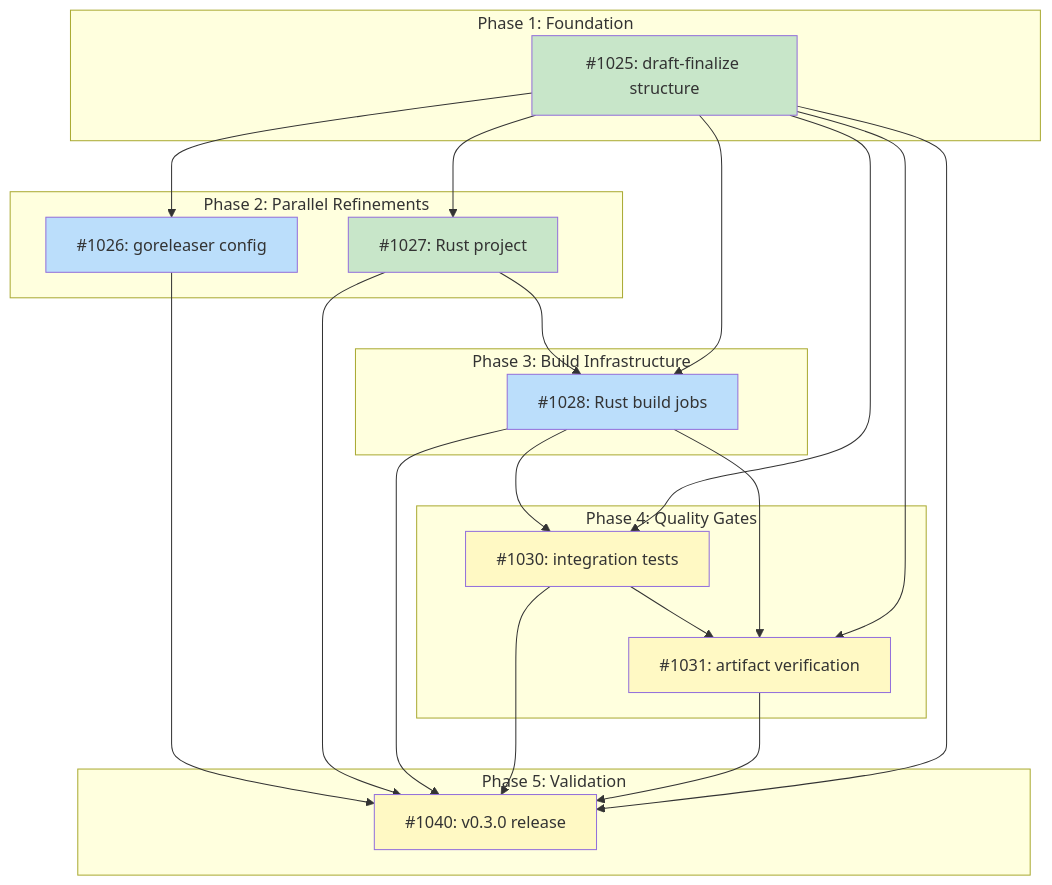
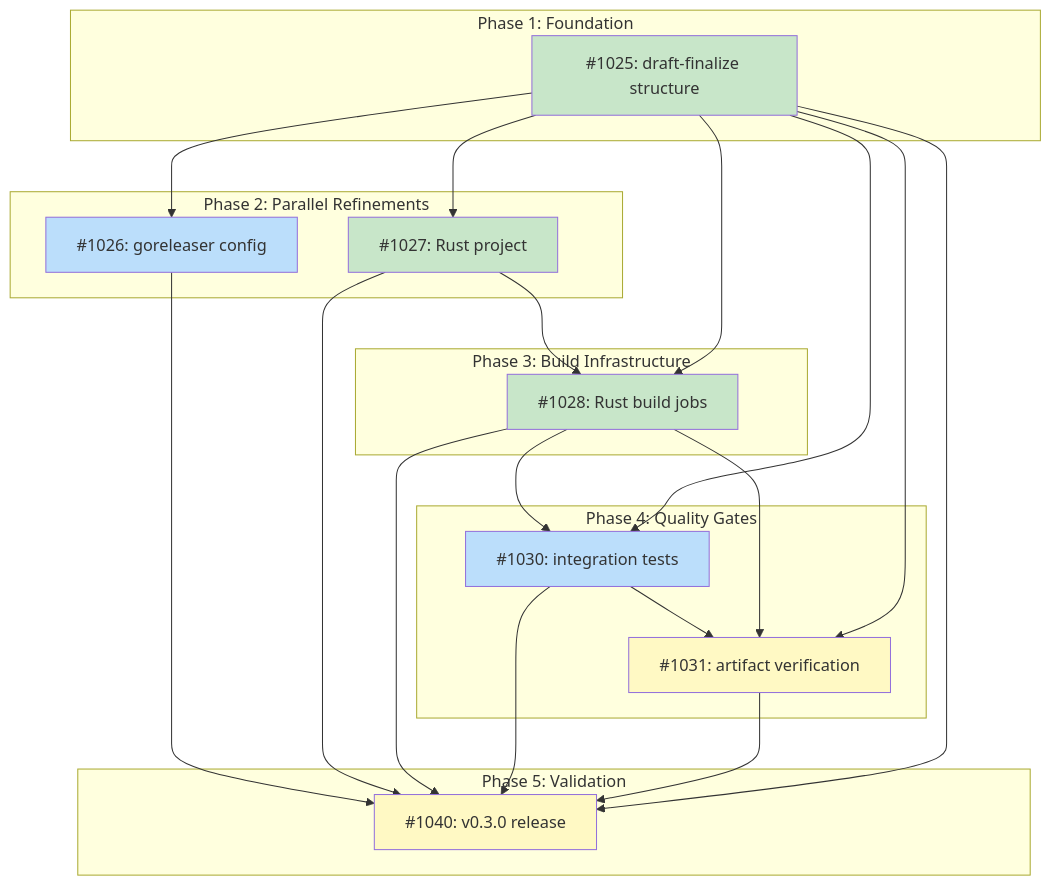
The diagram in docs/designs/DESIGN-release-workflow-native.md (tsukumogami/tsuku), drawn with Mermaid before and after one commit. The commit also changed 1 other file, not shown here.

Commit message:
chore(release): add Rust build jobs with native runners (#1051)
Add Rust binary build jobs to the release workflow for tsuku-dltest. The
jobs build on native runners to handle macOS SDK licensing and glibc
compatibility constraints.

**Platform coverage:**
- Linux glibc: ubuntu-22.04 (amd64), ubuntu-24.04-arm (arm64)
- Linux musl: Alpine 3.19 container on both architectures
- macOS: macos-13 (Intel), macos-latest (Apple Silicon) with ad-hoc code
signing

All 6 platform artifacts are uploaded to the draft release before
finalize-release publishes.

````diff
--- a/docs/designs/DESIGN-release-workflow-native.md
+++ b/docs/designs/DESIGN-release-workflow-native.md
@@ -28,51 +28,50 @@
 ```mermaid
 graph TD
     subgraph Phase1["Phase 1: Foundation"]
         I1025["#1025: draft-finalize structure"]
     end
 
     subgraph Phase2["Phase 2: Parallel Refinements"]
         I1026["#1026: goreleaser config"]
         I1027["#1027: Rust project"]
     end
 
     subgraph Phase3["Phase 3: Build Infrastructure"]
         I1028["#1028: Rust build jobs"]
     end
 
     subgraph Phase4["Phase 4: Quality Gates"]
         I1030["#1030: integration tests"]
         I1031["#1031: artifact verification"]
     end
 
     subgraph Phase5["Phase 5: Validation"]
         I1040["#1040: v0.3.0 release"]
     end
 
     I1025 --> I1026
     I1025 --> I1027
     I1027 --> I1028
     I1025 --> I1028
     I1028 --> I1030
     I1025 --> I1030
     I1030 --> I1031
     I1028 --> I1031
     I1025 --> I1031
     I1026 --> I1040
     I1027 --> I1040
     I1028 --> I1040
     I1030 --> I1040
     I1031 --> I1040
     I1025 --> I1040
 
     classDef done fill:#c8e6c9
     classDef ready fill:#bbdefb
     classDef blocked fill:#fff9c4
     classDef needsDesign fill:#e1bee7
 
-    class I1025,I1027 done
-    class I1026,I1028 ready
-    class I1030 blocked
+    class I1025,I1027,I1028 done
+    class I1026,I1030 ready
     class I1031 blocked
     class I1040 blocked
 ```
````
